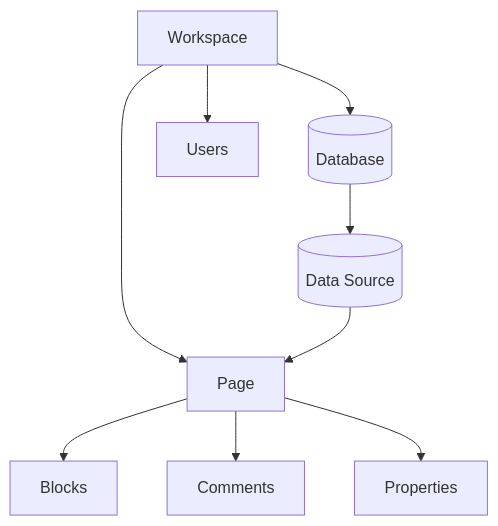
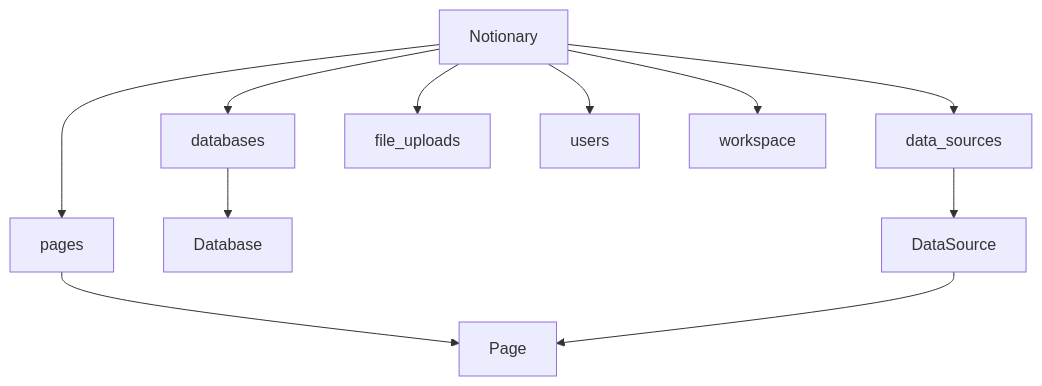
The diagram in README.md (mathisarends/notionary), drawn with Mermaid before and after one commit. The commit also changed other lines of this file and 22 other files, not shown here.

````diff
--- a/README.md
+++ b/README.md
@@ -116,11 +81,14 @@
 ```mermaid
 flowchart TD
-  WS[Workspace] --> DB[(Database)]
-  WS --> PG[Page]
-  DB --> DS[(Data Source)]
-  DS --> PG
-  WS --> USR[Users]
-  PG --> BLK[Blocks]
-  PG --> CM[Comments]
-  PG --> PROP[Properties]
+  N[Notionary] --> PG[pages]
+  N --> DB[databases]
+  N --> DS[data_sources]
+  N --> FU[file_uploads]
+  N --> USR[users]
+  N --> WS[workspace]
+
+  PG --> P[Page]
+  DB --> D[Database]
+  DS --> S[DataSource]
+  S --> P
 ```
````
